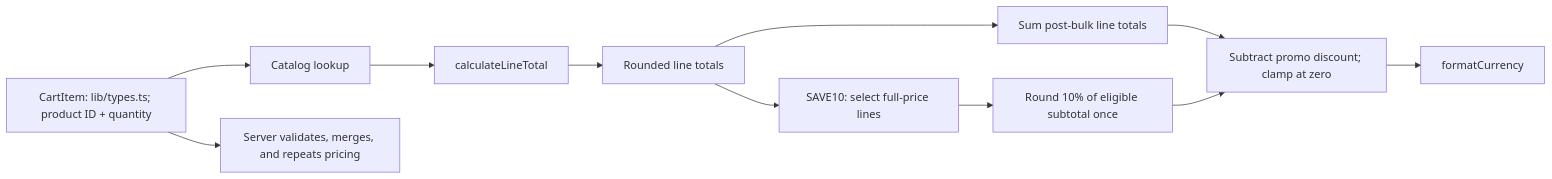
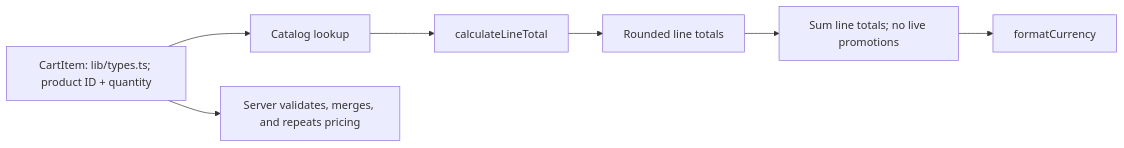
The diagram in droid-wiki/features/cart-pricing.md (FactoryDemo/demo-storefront-practice), drawn with Mermaid before and after one commit. The commit also changed other lines of this file and 15 other files, not shown here.

````diff
--- a/droid-wiki/features/cart-pricing.md
+++ b/droid-wiki/features/cart-pricing.md
@@ -22,13 +22,9 @@
 ```mermaid
 graph LR
   Items["CartItem: lib/types.ts; product ID + quantity"] --> Lookup["Catalog lookup"]
   Lookup --> Line["calculateLineTotal"]
   Line --> Rounded["Rounded line totals"]
-  Rounded --> Subtotal["Sum post-bulk line totals"]
-  Rounded --> Eligible["SAVE10: select full-price lines"]
-  Eligible --> Discount["Round 10% of eligible subtotal once"]
-  Subtotal --> Total["Subtract promo discount; clamp at zero"]
-  Discount --> Total
+  Rounded --> Total["Sum line totals; no live promotions"]
   Total --> Display["formatCurrency"]
   Items --> Server["Server validates, merges, and repeats pricing"]
 ```
````
